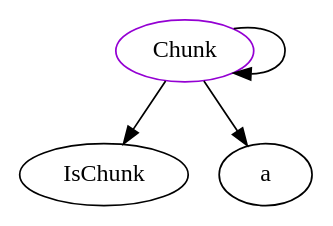
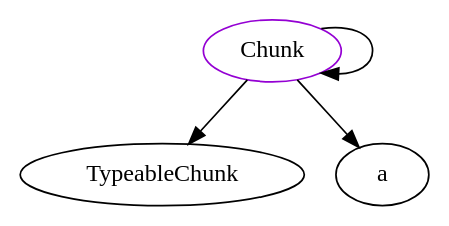
One commit to JacquesCarette/Drasil changed the diagram in analysis/TypeDependencyGraphs/database/Chunk.dot. Above: the diagram before and after it, drawn with Graphviz. The commit also changed 719 other files, not shown here.

```diff
--- a/analysis/TypeDependencyGraphs/database/Chunk.dot
+++ b/analysis/TypeDependencyGraphs/database/Chunk.dot
@@ -1,6 +1,6 @@
 digraph chunk{
 Chunk	[shape=oval, color=darkviolet, label="Chunk"];
-Chunk -> IsChunk;
+Chunk -> TypeableChunk;
 Chunk -> a;
 Chunk -> Chunk;
 }
```
